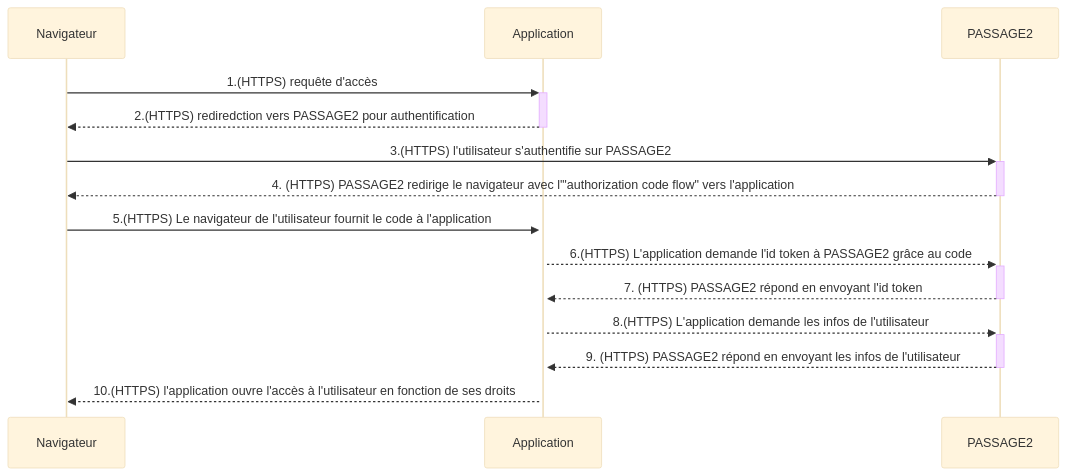
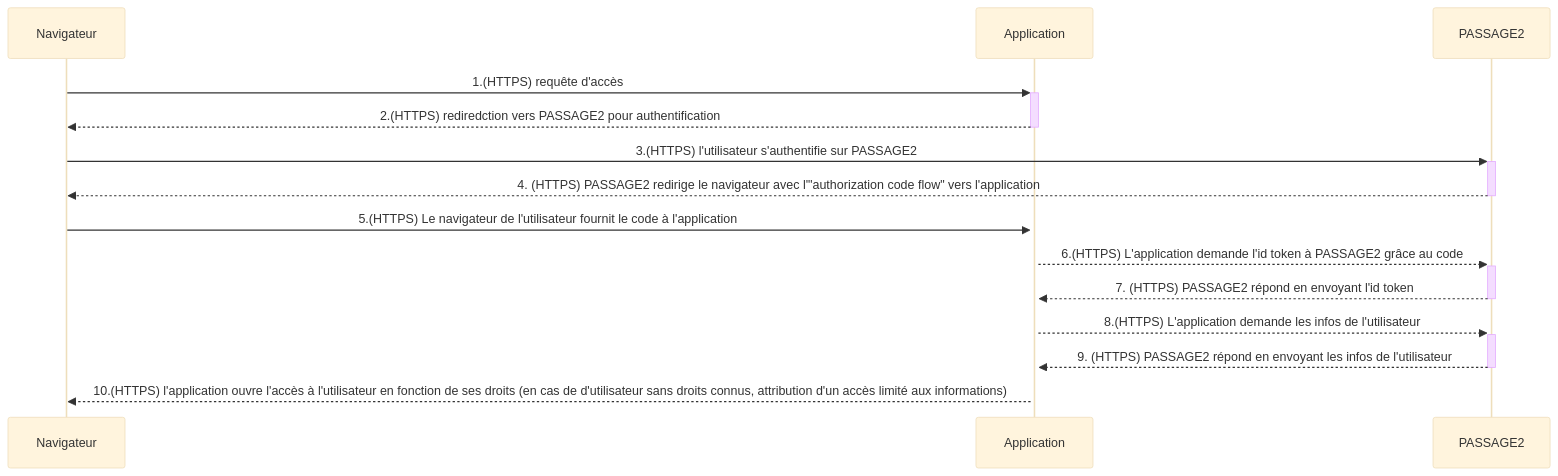
One commit to dnum-mi/referentiel-applications-specs changed the diagram in docs/GestionDroits.md. Above: the diagram before and after it, drawn with Mermaid (base theme). The commit also changed other lines of this file, not shown here.

First line of the commit message:
Update GestionDroits.md

````diff
--- a/docs/GestionDroits.md
+++ b/docs/GestionDroits.md
@@ -35,13 +45,13 @@
 ```mermaid
 sequenceDiagram
 Navigateur->>+Application: 1.(HTTPS) requête d'accès
 Application-->>-Navigateur: 2.(HTTPS) rediredction vers PASSAGE2 pour authentification
 Navigateur->>+PASSAGE2: 3.(HTTPS) l'utilisateur s'authentifie sur PASSAGE2
 PASSAGE2-->>-Navigateur: 4. (HTTPS) PASSAGE2 redirige le navigateur avec l'"authorization code flow" vers l'application
 Navigateur->>+Application: 5.(HTTPS) Le navigateur de l'utilisateur fournit le code à l'application
 Application-->>+PASSAGE2: 6.(HTTPS) L'application demande l'id token à PASSAGE2 grâce au code
 PASSAGE2-->>-Application: 7. (HTTPS) PASSAGE2 répond en envoyant l'id token
 Application-->>+PASSAGE2: 8.(HTTPS) L'application demande les infos de l'utilisateur
 PASSAGE2-->>-Application: 9. (HTTPS) PASSAGE2 répond en envoyant les infos de l'utilisateur
-Application-->>Navigateur: 10.(HTTPS) l'application ouvre l'accès à l'utilisateur en fonction de ses droits
+Application-->>Navigateur: 10.(HTTPS) l'application ouvre l'accès à l'utilisateur en fonction de ses droits (en cas de d'utilisateur sans droits connus, attribution d'un accès limité aux informations)
 ```
````
